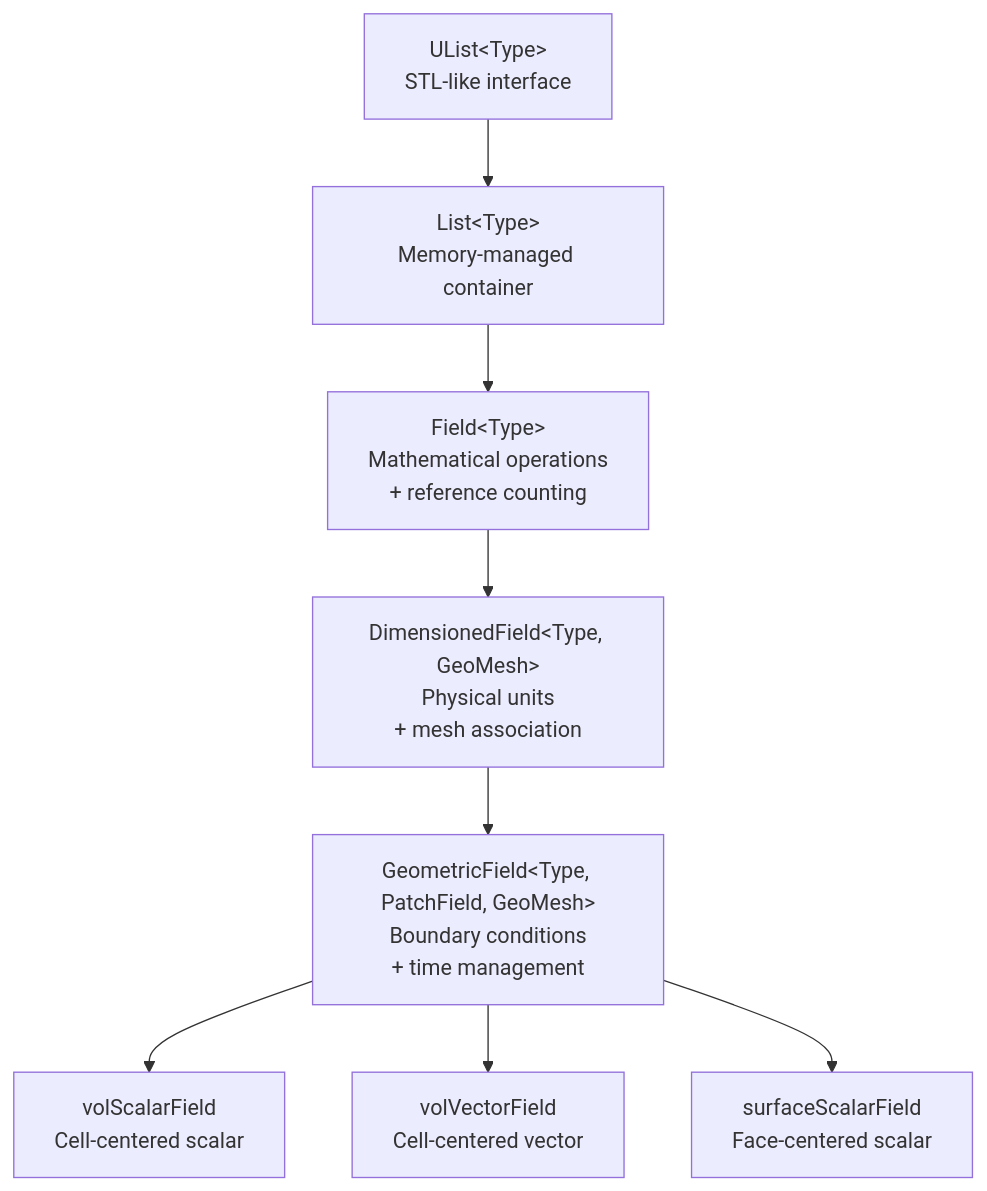
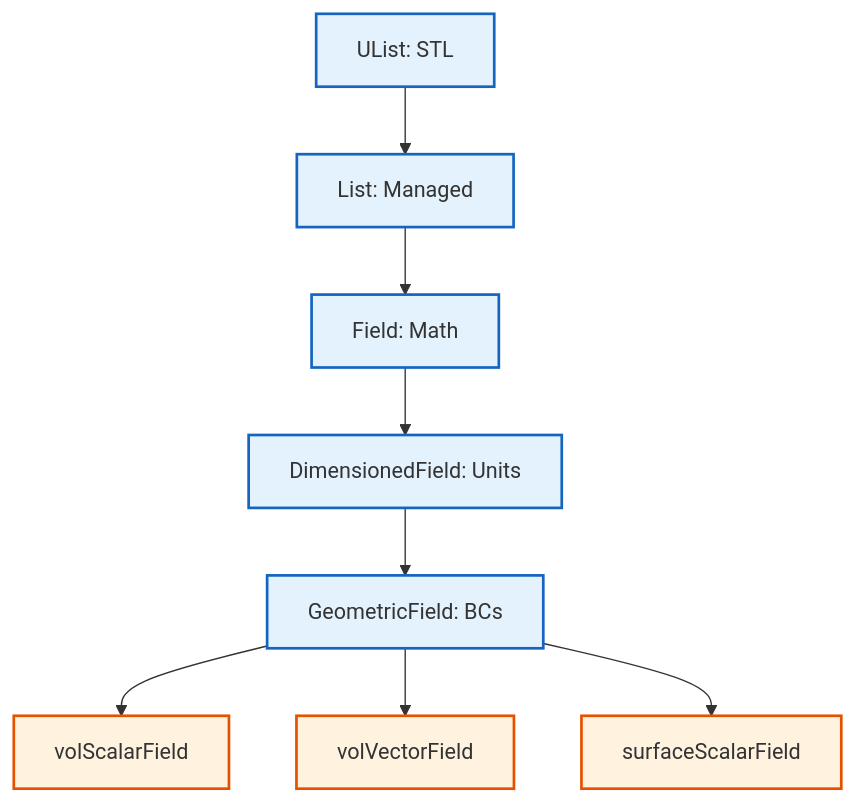
Before and after one commit to wramet/build-my-cfd: the first of 2 diagrams in MODULE_05_OPENFOAM_PROGRAMMING/CONTENT/05_FIELDS_GEOMETRICFIELDS/02_Design_Philosophy.md, drawn with Mermaid. The commit also changed other lines of this file and 313 other files, not shown here.

Commit message:
Revise all diagram

````diff
--- a/MODULE_05_OPENFOAM_PROGRAMMING/CONTENT/05_FIELDS_GEOMETRICFIELDS/02_Design_Philosophy.md
+++ b/MODULE_05_OPENFOAM_PROGRAMMING/CONTENT/05_FIELDS_GEOMETRICFIELDS/02_Design_Philosophy.md
@@ -56,10 +56,14 @@
 ```mermaid
 flowchart TD
-    A[UList&lt;Type&gt;<br>STL-like interface] --> B[List&lt;Type&gt;<br>Memory-managed container]
-    B --> C[Field&lt;Type&gt;<br>Mathematical operations<br>+ reference counting]
-    C --> D[DimensionedField&lt;Type, GeoMesh&gt;<br>Physical units<br>+ mesh association]
-    D --> E[GeometricField&lt;Type, PatchField, GeoMesh&gt;<br>Boundary conditions<br>+ time management]
-    E --> F1[volScalarField<br>Cell-centered scalar]
-    E --> F2[volVectorField<br>Cell-centered vector]
-    E --> F3[surfaceScalarField<br>Face-centered scalar]
+%% Classes
+classDef explicit fill:#fff3e0,stroke:#e65100,stroke-width:2px;
+classDef implicit fill:#e3f2fd,stroke:#1565c0,stroke-width:2px;
+%% Nodes
+A["UList: STL"]:::implicit --> B["List: Managed"]:::implicit
+B --> C["Field: Math"]:::implicit
+C --> D["DimensionedField: Units"]:::implicit
+D --> E["GeometricField: BCs"]:::implicit
+E --> F1[volScalarField]:::explicit
+E --> F2[volVectorField]:::explicit
+E --> F3[surfaceScalarField]:::explicit
 ```
````
